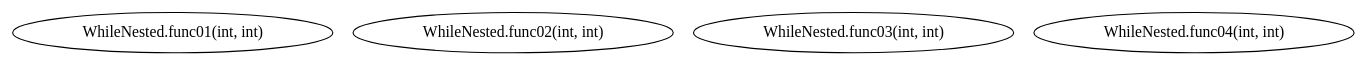
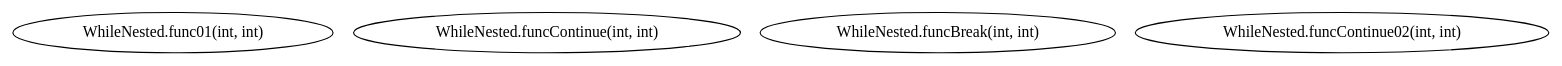
Before and after one commit to Surprise-Jing/Java-oriented-analysis-and-understanding-tools: the diagram in staticSlicer/data/testcases/output/while/WhileNested/cg.dot, drawn with Graphviz. The commit also changed 187 other files, not shown here.

```diff
--- a/staticSlicer/data/testcases/output/while/WhileNested/cg.dot
+++ b/staticSlicer/data/testcases/output/while/WhileNested/cg.dot
@@ -1,6 +1,6 @@
 digraph G {
   1 [ label="WhileNested.func01(int, int)" ];
-  2 [ label="WhileNested.func02(int, int)" ];
-  3 [ label="WhileNested.func03(int, int)" ];
-  4 [ label="WhileNested.func04(int, int)" ];
+  2 [ label="WhileNested.funcContinue(int, int)" ];
+  3 [ label="WhileNested.funcBreak(int, int)" ];
+  4 [ label="WhileNested.funcContinue02(int, int)" ];
 }
```
